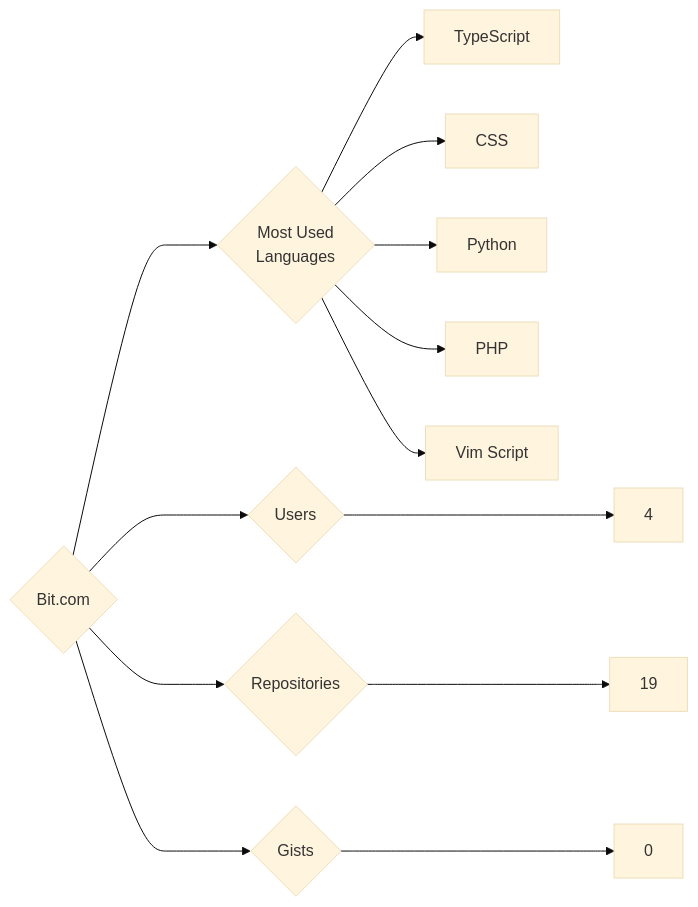
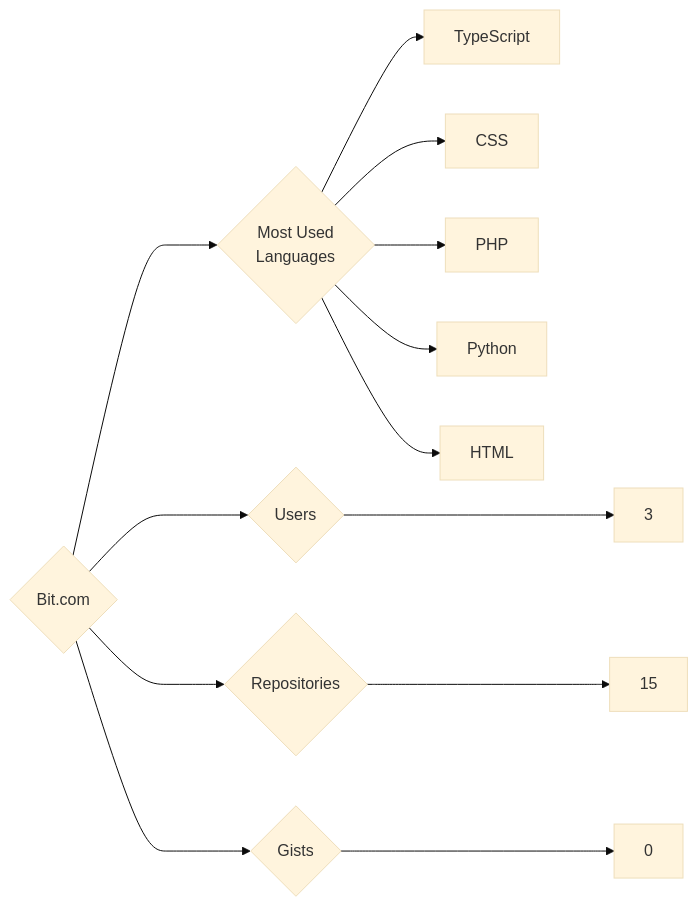
One commit to trickest/insiders changed the diagram in targets/Bit.com/README.md. Above: the diagram before and after it, drawn with Mermaid (base theme). The commit also changed 873 other files, not shown here.

````diff
--- a/targets/Bit.com/README.md
+++ b/targets/Bit.com/README.md
@@ -3,13 +3,13 @@
 ```mermaid
 graph LR
 COMPANY_NAME{Bit.com}
-COMPANY_NAME ---> U{Users} ---> UN[4]
-COMPANY_NAME ---> R{Repositories} ---> RN[19]
+COMPANY_NAME ---> U{Users} ---> UN[3]
+COMPANY_NAME ---> R{Repositories} ---> RN[15]
 COMPANY_NAME ---> G{Gists} ---> GN[0]
 COMPANY_NAME ---> ML{Most Used<br>Languages}
 ML --> TypeScript[TypeScript]
 ML --> CSS[CSS]
+ML --> PHP[PHP]
 ML --> Python[Python]
-ML --> PHP[PHP]
-ML --> Vim_Script[Vim Script]
+ML --> HTML[HTML]
 ```
````
